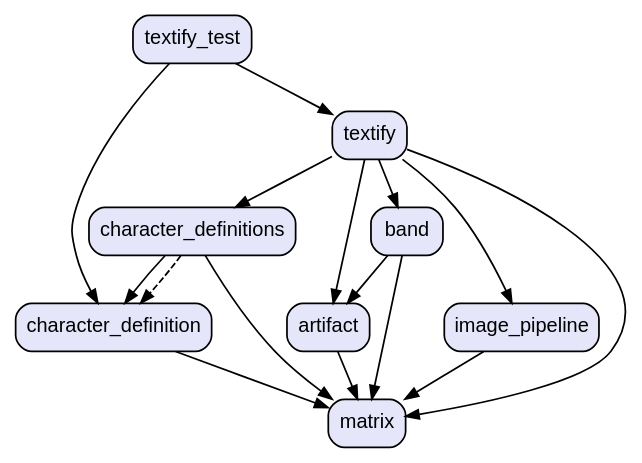
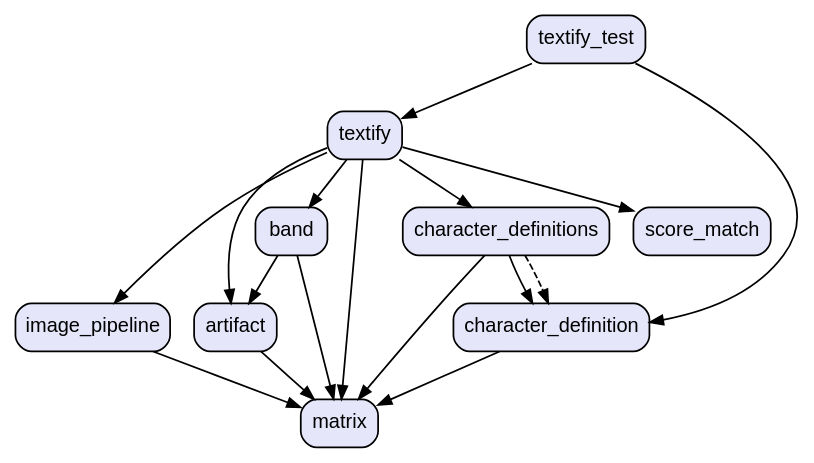
The diagram in graph.dot (vteam-com/textify), drawn with Graphviz before and after one commit. The commit also changed 8 other files, not shown here.

Commit message:
refactor - class ScoreMatch into score_match.dart

```diff
--- a/graph.dot
+++ b/graph.dot
@@ -1,28 +1,30 @@
 digraph "" {
   graph [style=rounded fontname="Arial Black" fontsize=13 penwidth=2.6];
   node [shape=rect style="filled,rounded" fontname=Arial fontsize=15 fillcolor=Lavender penwidth=1.3];
   edge [penwidth=1.3];
+  "/test/textify_test.dart" [label="textify_test"];
+  "/lib/band.dart" [label="band"];
+  "/lib/image_pipeline.dart" [label="image_pipeline"];
   "/lib/artifact.dart" [label="artifact"];
-  "/lib/band.dart" [label="band"];
+  "/lib/score_match.dart" [label="score_match"];
   "/lib/character_definition.dart" [label="character_definition"];
+  "/lib/textify.dart" [label="textify"];
+  "/lib/matrix.dart" [label="matrix"];
   "/lib/character_definitions.dart" [label="character_definitions"];
-  "/lib/image_pipeline.dart" [label="image_pipeline"];
-  "/lib/matrix.dart" [label="matrix"];
-  "/lib/textify.dart" [label="textify"];
-  "/test/textify_test.dart" [label="textify_test"];
-  "/lib/artifact.dart" -> "/lib/matrix.dart";
+  "/test/textify_test.dart" -> "/lib/character_definition.dart";
+  "/test/textify_test.dart" -> "/lib/textify.dart";
   "/lib/band.dart" -> "/lib/artifact.dart";
   "/lib/band.dart" -> "/lib/matrix.dart";
+  "/lib/image_pipeline.dart" -> "/lib/matrix.dart";
+  "/lib/artifact.dart" -> "/lib/matrix.dart";
   "/lib/character_definition.dart" -> "/lib/matrix.dart";
-  "/lib/character_definitions.dart" -> "/lib/character_definition.dart";
-  "/lib/character_definitions.dart" -> "/lib/matrix.dart";
-  "/lib/character_definitions.dart" -> "/lib/character_definition.dart" [style=dashed];
-  "/lib/image_pipeline.dart" -> "/lib/matrix.dart";
   "/lib/textify.dart" -> "/lib/artifact.dart";
   "/lib/textify.dart" -> "/lib/band.dart";
   "/lib/textify.dart" -> "/lib/character_definitions.dart";
   "/lib/textify.dart" -> "/lib/image_pipeline.dart";
   "/lib/textify.dart" -> "/lib/matrix.dart";
-  "/test/textify_test.dart" -> "/lib/character_definition.dart";
-  "/test/textify_test.dart" -> "/lib/textify.dart";
+  "/lib/textify.dart" -> "/lib/score_match.dart";
+  "/lib/character_definitions.dart" -> "/lib/character_definition.dart";
+  "/lib/character_definitions.dart" -> "/lib/matrix.dart";
+  "/lib/character_definitions.dart" -> "/lib/character_definition.dart" [style=dashed];
 }
```
